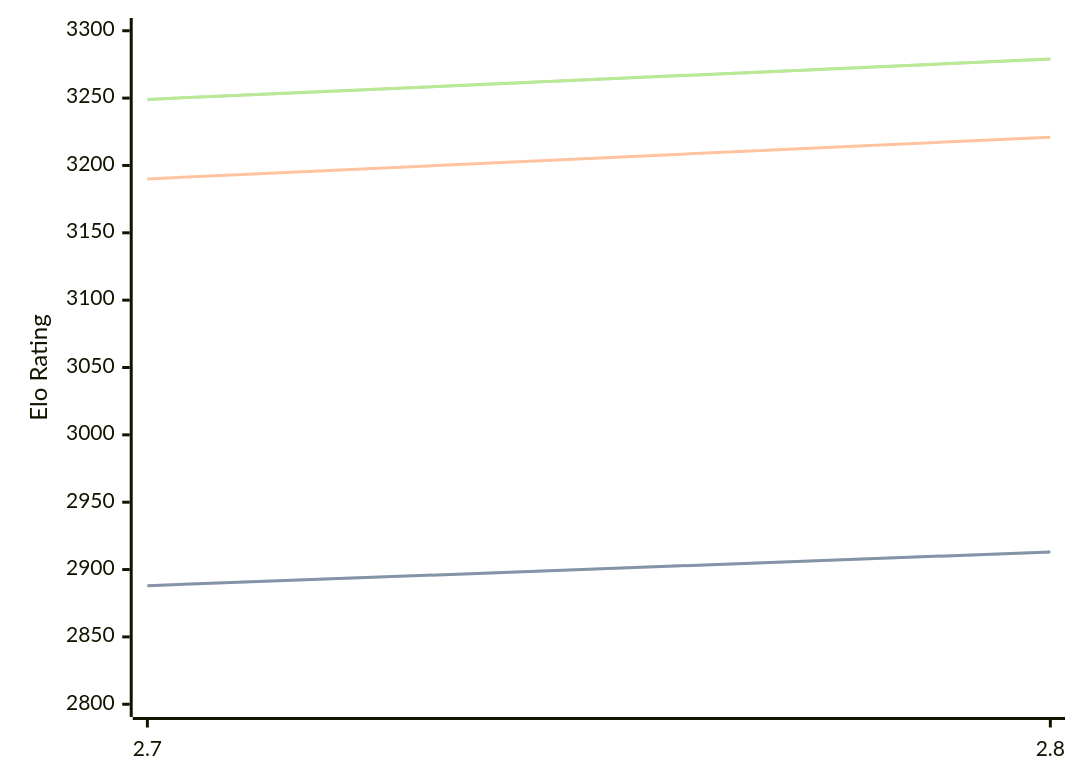
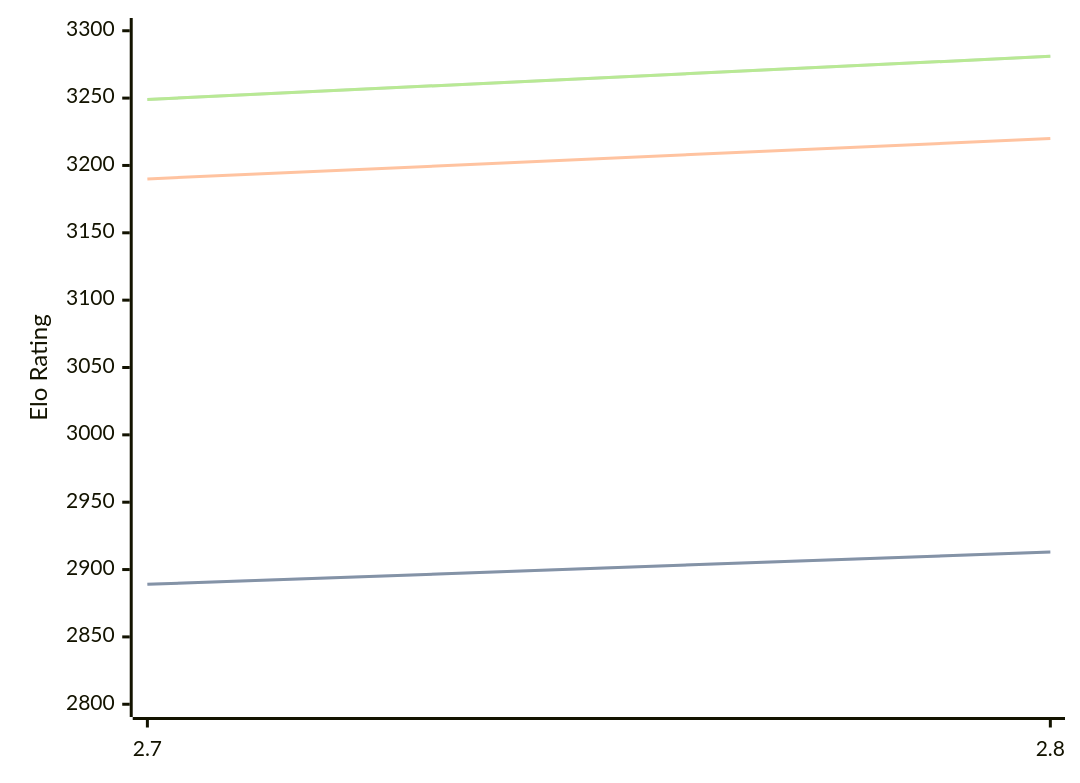
The first of 3 diagrams in engines/Arcanum.md (computer-chess-index/cci), drawn with Mermaid before and after one commit. The commit also changed other lines of this file, not shown here.

Commit message:
Update CCI Ratings (ELO VLTC) - 2026-07-08

````diff
--- a/engines/Arcanum.md
+++ b/engines/Arcanum.md
@@ -44,11 +44,11 @@
 ```mermaid
 %%{init: {"theme":"base","themeVariables":{"seriesColors:['#a3a3a3','#222221','#faa371']}}}%%
 xychart-beta
   x-axis ["2.7", "2.8"]
   y-axis "Elo Rating" 2800 --> 3300
-  line "STC (8.0+0.08s)" [2888, 2913]
-  line "STC (8.0+0.08s)" [2888, 2913]
-  line "LTC (60.0+0.60s)" [3190, 3221]
-  line "VLTC (2m24s+1.12s)" [3249, 3279]
-  line "VLTC (2m24s+1.12s)" [3249, 3279]
+  line "STC (8.0+0.08s)" [2889, 2913]
+  line "STC (8.0+0.08s)" [2889, 2913]
+  line "LTC (60.0+0.60s)" [3190, 3220]
+  line "VLTC (2m24s+1.12s)" [3249, 3281]
+  line "VLTC (2m24s+1.12s)" [3249, 3281]
 ```
````
